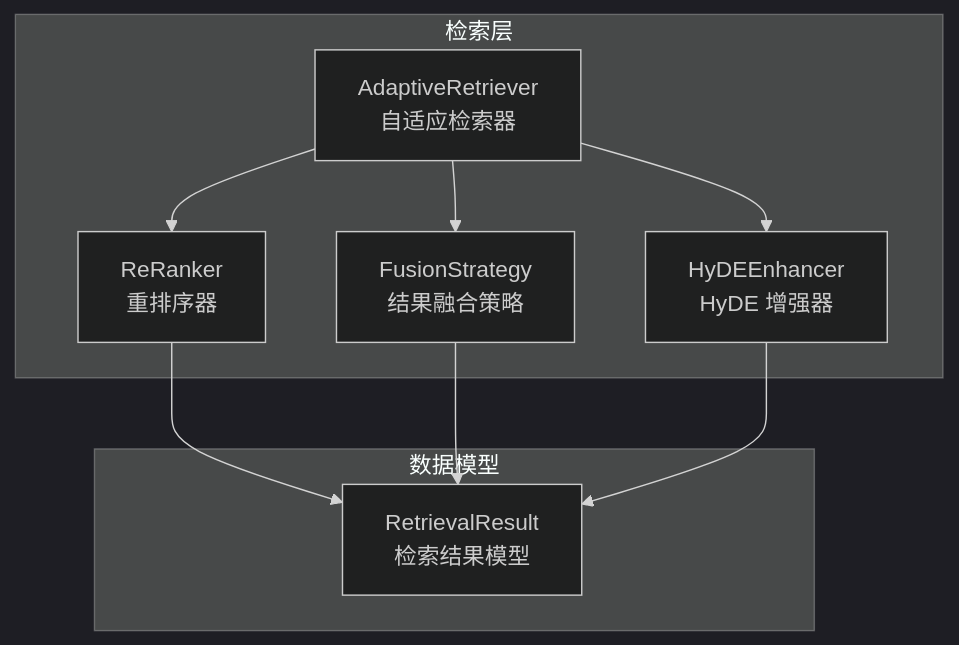
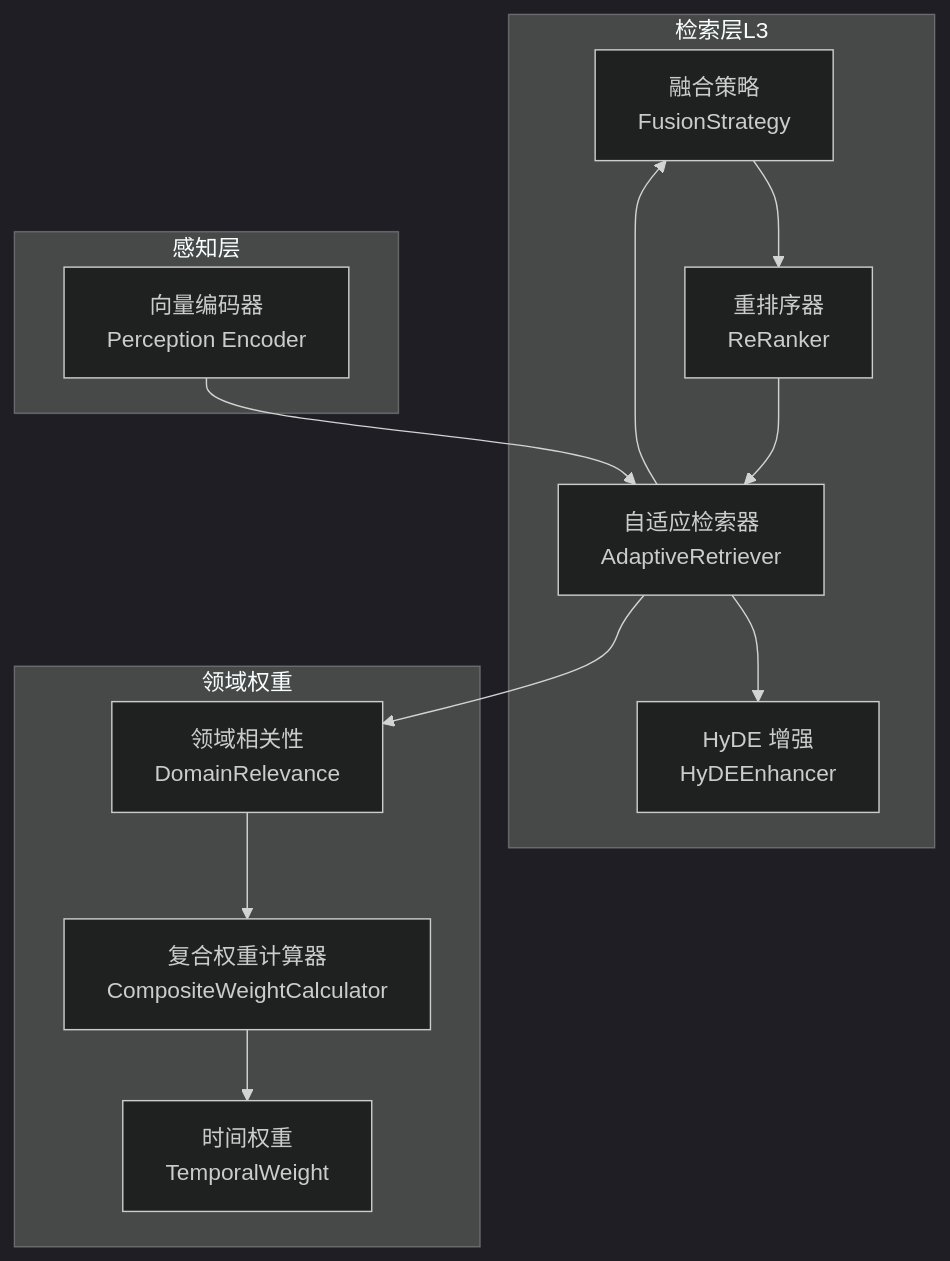
Before and after one commit to JieGaoPrinceton/NecoRAG: the first of 5 diagrams in .qoder/repowiki/zh/content/检索引擎模块/重排序系统.md, drawn with Mermaid (dark theme). The commit also changed other lines of this file and 181 other files, not shown here.

````diff
--- a/.qoder/repowiki/zh/content/检索引擎模块/重排序系统.md
+++ b/.qoder/repowiki/zh/content/检索引擎模块/重排序系统.md
@@ -39,18 +45,25 @@
 ```mermaid
 graph TB
-subgraph "检索层"
-AR["AdaptiveRetriever<br/>自适应检索器"]
-FH["FusionStrategy<br/>结果融合策略"]
-RR["ReRanker<br/>重排序器"]
-HY["HyDEEnhancer<br/>HyDE 增强器"]
+subgraph "检索层L3"
+Fusion["融合策略<br/>FusionStrategy"]
+ReRanker["重排序器<br/>ReRanker"]
+Retriever["自适应检索器<br/>AdaptiveRetriever"]
+HyDE["HyDE 增强<br/>HyDEEnhancer"]
 end
-subgraph "数据模型"
-RM["RetrievalResult<br/>检索结果模型"]
+subgraph "领域权重"
+DomainRel["领域相关性<br/>DomainRelevance"]
+WeightCalc["复合权重计算器<br/>CompositeWeightCalculator"]
+Temporal["时间权重<br/>TemporalWeight"]
 end
-AR --> HY
-AR --> FH
-AR --> RR
-RR --> RM
-FH --> RM
-HY --> RM
+subgraph "感知层"
+Encoder["向量编码器<br/>Perception Encoder"]
+end
+Retriever --> Fusion
+Fusion --> ReRanker
+ReRanker --> Retriever
+Retriever --> HyDE
+Retriever --> DomainRel
+DomainRel --> WeightCalc
+WeightCalc --> Temporal
+Encoder --> Retriever
 ```
````
